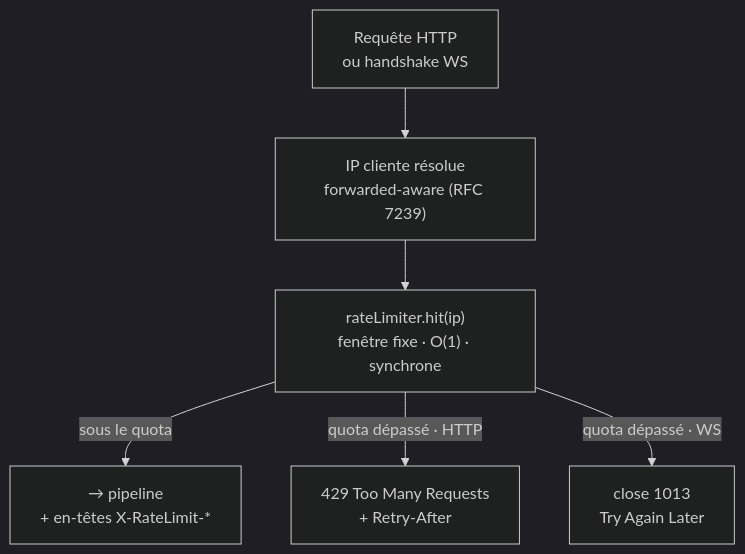
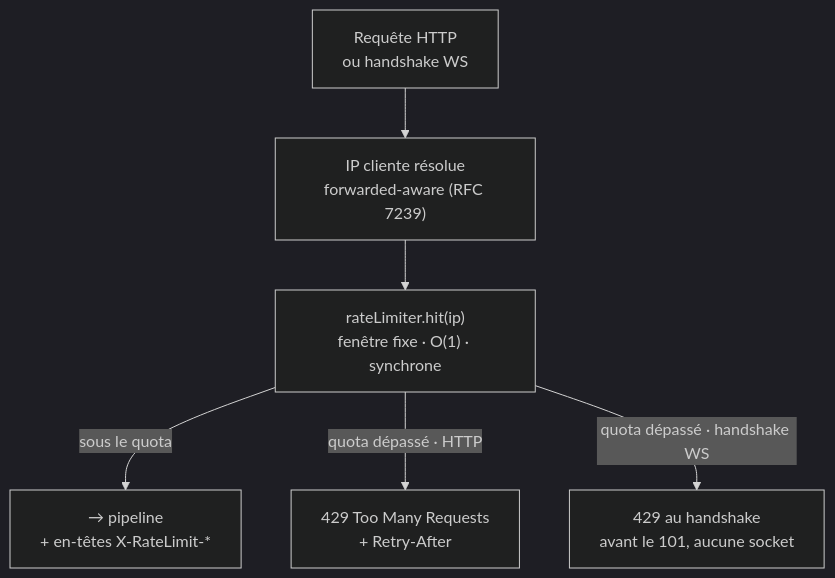
Before and after one commit to nodefony/nodefony-core: the first of 2 diagrams in src/packages/@nodefony/http/docs/rate-limit.md, drawn with Mermaid (dark theme). The commit also changed other lines of this file and 40 other files, not shown here.

First line of the commit message:
docs: dire le refus WebSocket avant le 101, et recaler les ancres par le diff

````diff
--- a/src/packages/@nodefony/http/docs/rate-limit.md
+++ b/src/packages/@nodefony/http/docs/rate-limit.md
@@ -46,8 +46,8 @@
 ```mermaid
 flowchart TD
   REQ["Requête HTTP<br/>ou handshake WS"] --> IP["IP cliente résolue<br/>forwarded-aware (RFC 7239)"]
   IP --> HIT["rateLimiter.hit(ip)<br/>fenêtre fixe · O(1) · synchrone"]
   HIT -->|"sous le quota"| PIPE["→ pipeline<br/>+ en-têtes X-RateLimit-*"]
   HIT -->|"quota dépassé · HTTP"| R429["429 Too Many Requests<br/>+ Retry-After"]
-  HIT -->|"quota dépassé · WS"| C1013["close 1013<br/>Try Again Later"]
+  HIT -->|"quota dépassé · handshake WS"| H429["429 au handshake<br/>avant le 101, aucune socket"]
 ```
````
